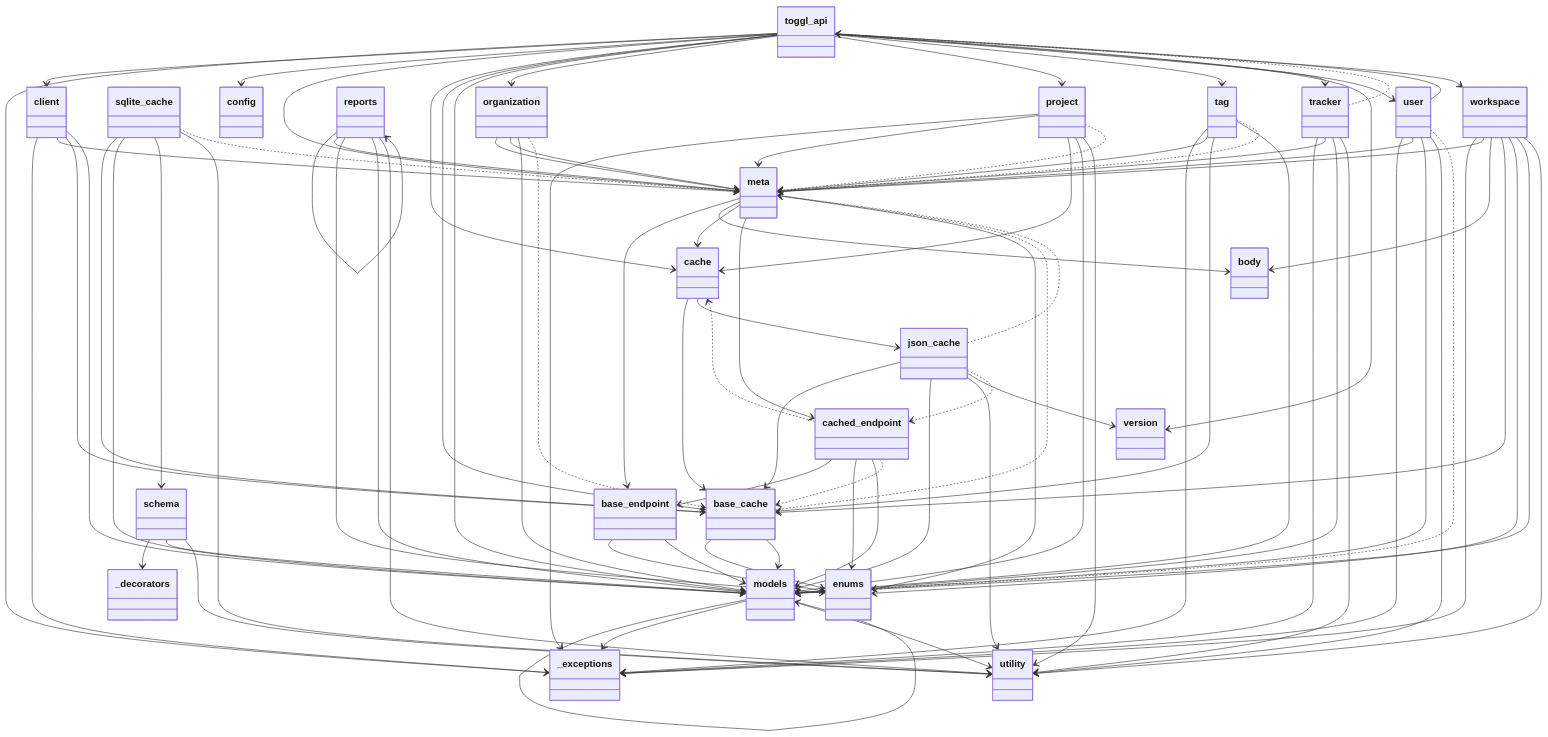
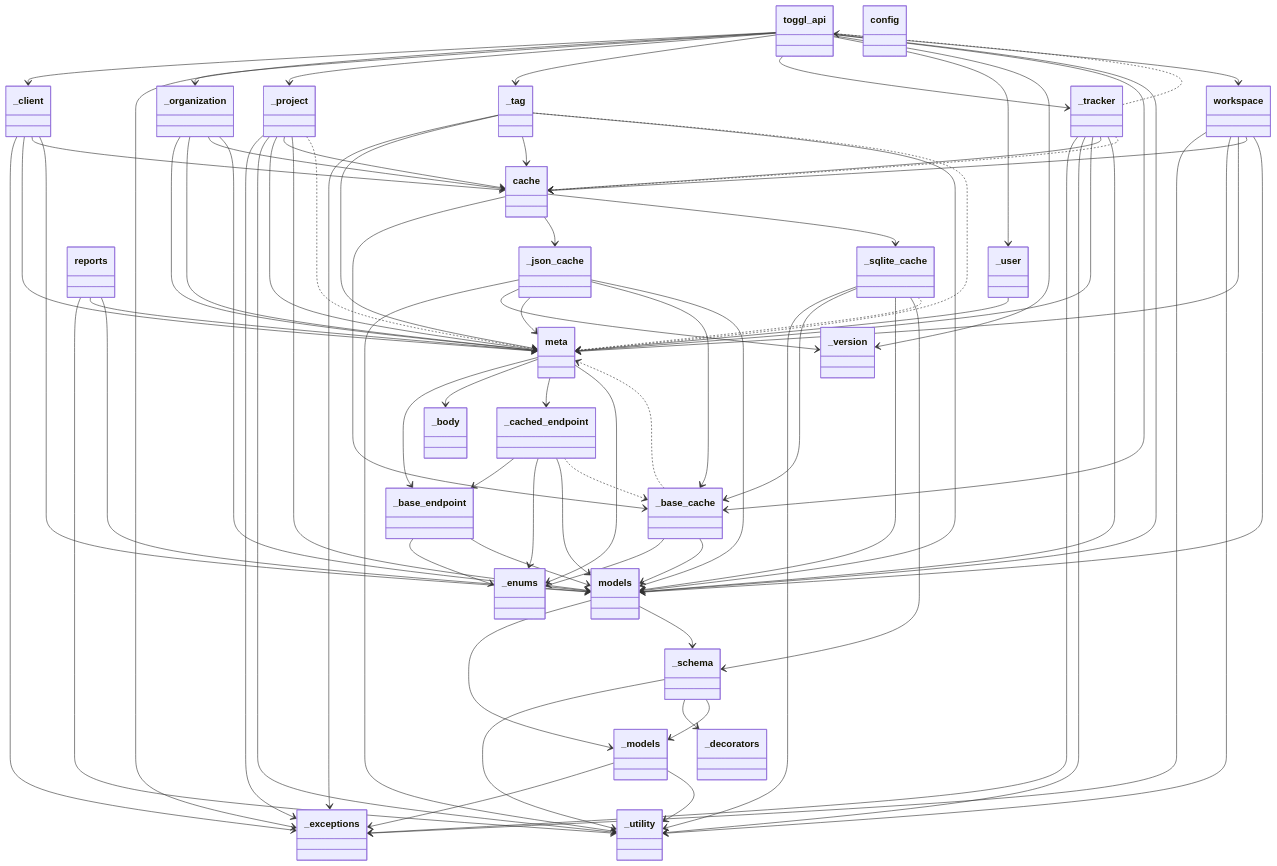
One commit to ddkasa/toggl-api-wrapper changed the diagram in docs/static/mermaid/packages.mmd. Above: the diagram before and after it, drawn with Mermaid. The commit also changed 9 other files, not shown here.

```diff
--- a/docs/static/mermaid/packages.mmd
+++ b/docs/static/mermaid/packages.mmd
@@ -1,145 +1,132 @@
 classDiagram
   class toggl_api {
   }
+  class _client {
+  }
   class _exceptions {
   }
-  class client {
+  class _organization {
+  }
+  class _project {
+  }
+  class _tag {
+  }
+  class _tracker {
+  }
+  class _user {
+  }
+  class _utility {
+  }
+  class _version {
   }
   class config {
   }
   class meta {
   }
-  class base_endpoint {
+  class _base_endpoint {
   }
-  class body {
+  class _body {
+  }
+  class _cached_endpoint {
+  }
+  class _enums {
   }
   class cache {
   }
-  class base_cache {
+  class _base_cache {
   }
-  class json_cache {
+  class _json_cache {
   }
-  class sqlite_cache {
-  }
-  class cached_endpoint {
-  }
-  class enums {
+  class _sqlite_cache {
   }
   class models {
   }
   class _decorators {
   }
-  class models {
+  class _models {
   }
-  class schema {
-  }
-  class organization {
-  }
-  class project {
+  class _schema {
   }
   class reports {
   }
-  class reports {
-  }
-  class tag {
-  }
-  class tracker {
-  }
-  class user {
-  }
-  class utility {
-  }
-  class version {
-  }
   class workspace {
   }
+  toggl_api --> _client
   toggl_api --> _exceptions
-  toggl_api --> client
-  toggl_api --> config
-  toggl_api --> meta
-  toggl_api --> cache
-  toggl_api --> base_cache
+  toggl_api --> _organization
+  toggl_api --> _project
+  toggl_api --> _tag
+  toggl_api --> _tracker
+  toggl_api --> _user
+  toggl_api --> _version
+  toggl_api --> _base_cache
   toggl_api --> models
-  toggl_api --> organization
-  toggl_api --> project
-  toggl_api --> tag
-  toggl_api --> tracker
-  toggl_api --> user
-  toggl_api --> version
   toggl_api --> workspace
-  client --> _exceptions
-  client --> meta
-  client --> base_cache
-  client --> models
-  meta --> base_endpoint
-  meta --> body
-  meta --> cache
-  meta --> cached_endpoint
-  meta --> enums
-  base_endpoint --> enums
-  base_endpoint --> models
-  cache --> base_cache
-  cache --> json_cache
-  base_cache --> enums
-  base_cache --> models
-  json_cache --> base_cache
-  json_cache --> models
-  json_cache --> utility
-  json_cache --> version
-  sqlite_cache --> base_cache
-  sqlite_cache --> models
-  sqlite_cache --> schema
-  sqlite_cache --> utility
-  cached_endpoint --> base_endpoint
-  cached_endpoint --> enums
-  cached_endpoint --> models
-  models --> models
-  models --> _exceptions
-  models --> utility
-  schema --> _decorators
-  schema --> models
-  schema --> utility
-  organization --> meta
-  organization --> meta
-  organization --> models
-  project --> _exceptions
-  project --> meta
-  project --> cache
-  project --> models
-  project --> utility
-  reports --> reports
+  _client --> _exceptions
+  _client --> meta
+  _client --> cache
+  _client --> models
+  _organization --> meta
+  _organization --> meta
+  _organization --> cache
+  _organization --> models
+  _project --> _exceptions
+  _project --> _utility
+  _project --> meta
+  _project --> cache
+  _project --> models
+  _tag --> _exceptions
+  _tag --> meta
+  _tag --> cache
+  _tag --> models
+  _tracker --> _exceptions
+  _tracker --> _utility
+  _tracker --> meta
+  _tracker --> cache
+  _tracker --> models
+  _user --> meta
+  meta --> _base_endpoint
+  meta --> _body
+  meta --> _cached_endpoint
+  meta --> _enums
+  _base_endpoint --> _enums
+  _base_endpoint --> models
+  _cached_endpoint --> _base_endpoint
+  _cached_endpoint --> _enums
+  _cached_endpoint --> models
+  cache --> _base_cache
+  cache --> _json_cache
+  cache --> _sqlite_cache
+  _base_cache --> _enums
+  _base_cache --> models
+  _json_cache --> _utility
+  _json_cache --> _version
+  _json_cache --> meta
+  _json_cache --> _base_cache
+  _json_cache --> models
+  _sqlite_cache --> _utility
+  _sqlite_cache --> _base_cache
+  _sqlite_cache --> models
+  _sqlite_cache --> _schema
+  models --> _models
+  models --> _schema
+  _models --> _exceptions
+  _models --> _utility
+  _schema --> _utility
+  _schema --> _decorators
+  _schema --> _models
+  reports --> _utility
   reports --> meta
-  reports --> enums
   reports --> models
-  reports --> utility
-  tag --> _exceptions
-  tag --> meta
-  tag --> base_cache
-  tag --> models
-  tracker --> _exceptions
-  tracker --> meta
-  tracker --> models
-  tracker --> utility
-  user --> toggl_api
-  user --> _exceptions
-  user --> meta
-  user --> models
-  user --> utility
   workspace --> _exceptions
+  workspace --> _utility
   workspace --> meta
-  workspace --> body
-  workspace --> base_cache
-  workspace --> enums
+  workspace --> cache
   workspace --> models
-  workspace --> utility
-  base_cache ..> meta
-  json_cache ..> meta
-  json_cache ..> cached_endpoint
-  sqlite_cache ..> meta
-  cached_endpoint ..> cache
-  cached_endpoint ..> base_cache
-  organization ..> base_cache
-  project ..> meta
-  tag ..> meta
-  tracker ..> toggl_api
-  user ..> models
+  _project ..> meta
+  _tag ..> meta
+  _tracker ..> toggl_api
+  _tracker ..> cache
+  _cached_endpoint ..> _base_cache
+  _base_cache ..> meta
+  _sqlite_cache ..> meta
```
